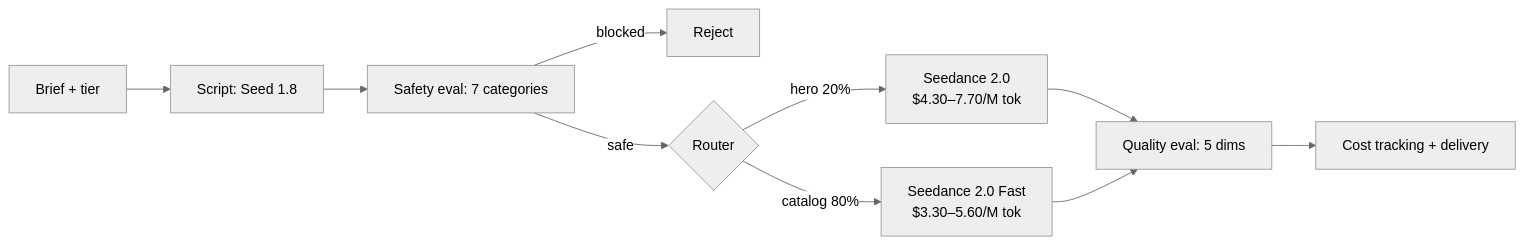
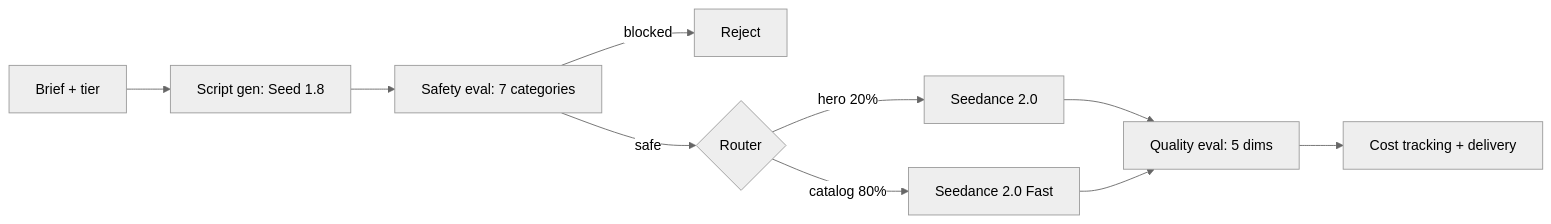
The diagram in README.md (suboss87/SeedCamp2.0), drawn with Mermaid (neutral theme) before and after one commit. The commit also changed other lines of this file, not shown here.

Commit message:
docs: rewrite README as reference architecture, clean formatting

````diff
--- a/README.md
+++ b/README.md
@@ -130,12 +97,12 @@
 ```mermaid
 graph LR
-    A[Brief + tier] --> B[Script: Seed 1.8]
+    A[Brief + tier] --> B[Script gen: Seed 1.8]
     B --> C[Safety eval: 7 categories]
     C -->|blocked| X[Reject]
     C -->|safe| D{Router}
-    D -->|hero 20%| E[Seedance 2.0<br/>$4.30–7.70/M tok]
-    D -->|catalog 80%| F[Seedance 2.0 Fast<br/>$3.30–5.60/M tok]
+    D -->|hero 20%| E[Seedance 2.0]
+    D -->|catalog 80%| F[Seedance 2.0 Fast]
     E --> G[Quality eval: 5 dims]
     F --> G
     G --> H[Cost tracking + delivery]
 ```
````
